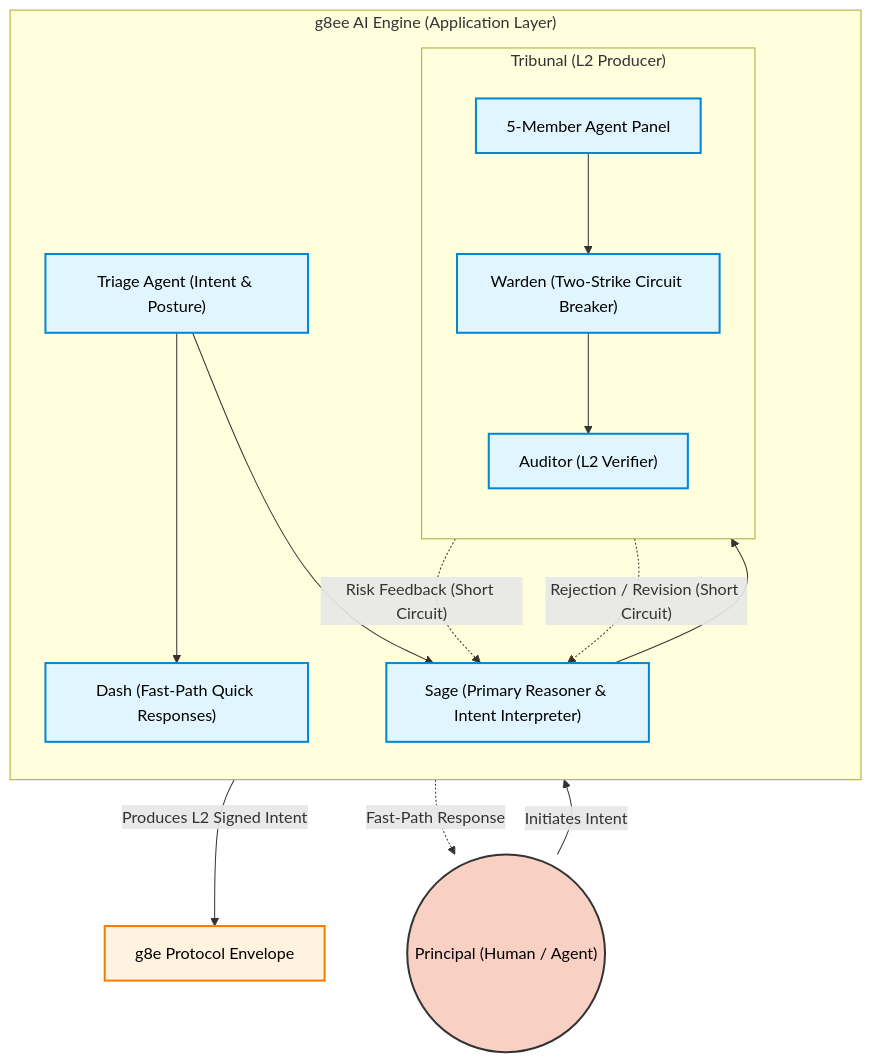
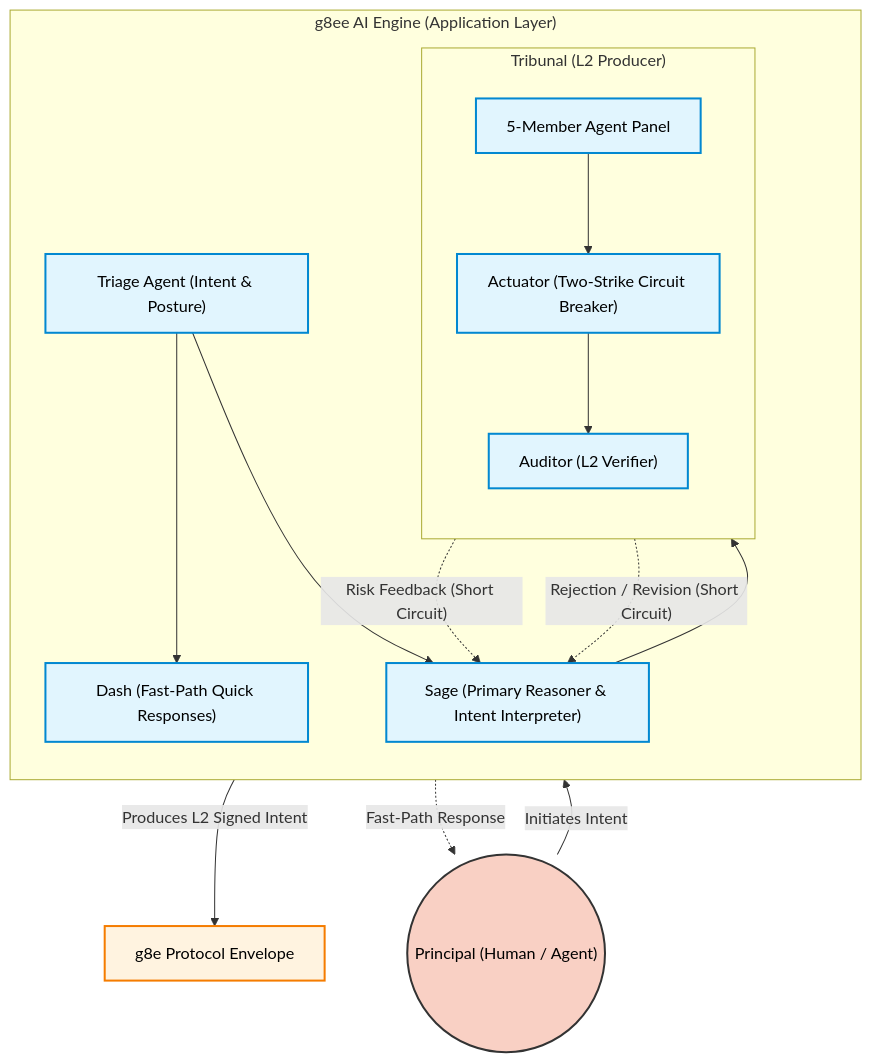
The third of 3 diagrams in README.md (g8e-ai/g8e), drawn with Mermaid before and after one commit. The commit also changed other lines of this file and 65 other files, not shown here.

````diff
--- a/README.md
+++ b/README.md
@@ -96,39 +96,39 @@
 ```mermaid
 graph TD
     classDef principal fill:#f9d0c4,stroke:#333,stroke-width:2px,color:#000;
     classDef engine fill:#e1f5fe,stroke:#0288d1,stroke-width:2px,color:#000;
     classDef protocol fill:#fff3e0,stroke:#f57c00,stroke-width:2px,color:#000;
 
     Principal(("Principal (Human / Agent)")):::principal
 
     subgraph Engine ["g8ee AI Engine (Application Layer)"]
         direction TB
         Triage["Triage Agent (Intent & Posture)"]:::engine
         
         Dash["Dash (Fast-Path Quick Responses)"]:::engine
         Sage["Sage (Primary Reasoner & Intent Interpreter)"]:::engine
         
         subgraph Tribunal ["Tribunal (L2 Producer)"]
             direction TB
             Panel["5-Member Agent Panel"]:::engine
-            Warden["Warden (Two-Strike Circuit Breaker)"]:::engine
+            Actuator["Actuator (Two-Strike Circuit Breaker)"]:::engine
             Auditor["Auditor (L2 Verifier)"]:::engine
             
-            Panel --> Warden
-            Warden --> Auditor
+            Panel --> Actuator
+            Actuator --> Auditor
         end
         
         Triage --> Dash
         Triage --> Sage
         Sage --> Panel
         
         %% Short Circuits (Feedback Loops)
-        Warden -. "Risk Feedback (Short Circuit)" .-> Sage
+        Actuator -. "Risk Feedback (Short Circuit)" .-> Sage
         Auditor -. "Rejection / Revision (Short Circuit)" .-> Sage
     end
 
     Principal -- "Initiates Intent" --> Triage
     Auditor -- "Produces L2 Signed Intent" --> Protocol["g8e Protocol Envelope"]:::protocol
     Dash -. "Fast-Path Response" .-> Principal
 
 ```
````
